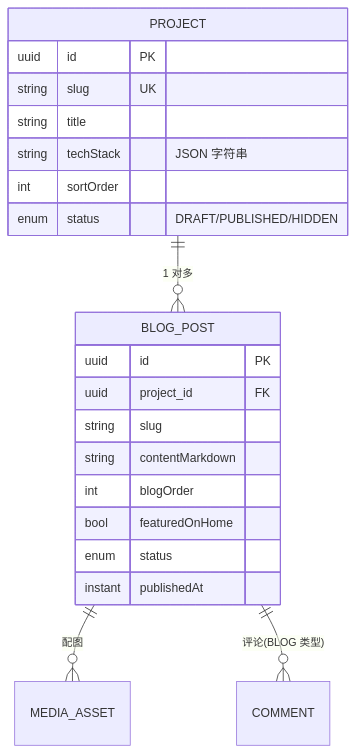
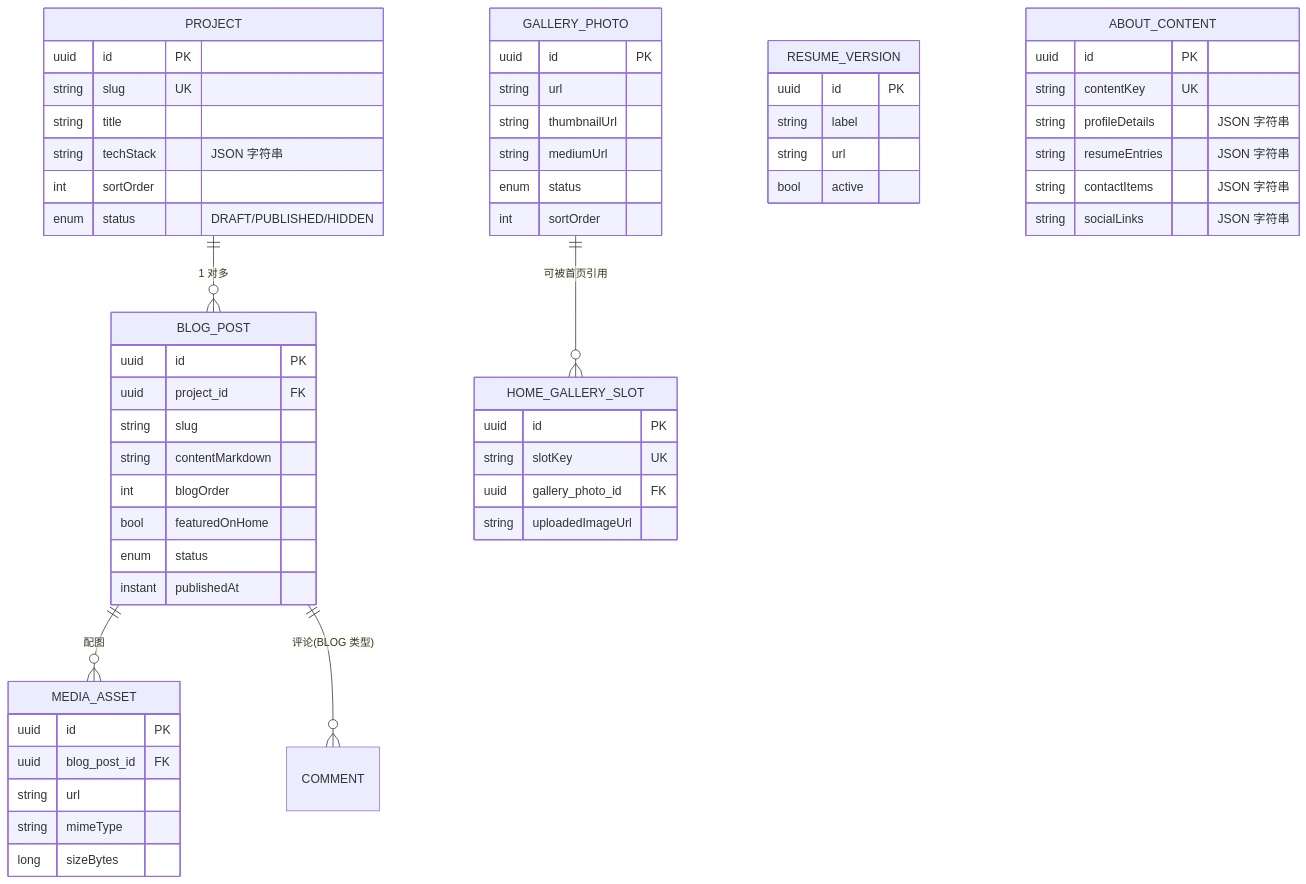
One commit to GuojiaoLin/personal-website changed the diagram in docs/项目文档/04-内容建模与REST-API设计.md. Above: the diagram before and after it, drawn with Mermaid. The commit also changed other lines of this file and 53 other files, not shown here.

Commit message:
feat: improve image handling and admin content flows

````diff
--- a/docs/项目文档/04-内容建模与REST-API设计.md
+++ b/docs/项目文档/04-内容建模与REST-API设计.md
@@ -16,25 +16,61 @@
 ```mermaid
 erDiagram
   PROJECT ||--o{ BLOG_POST : "1 对多"
   BLOG_POST ||--o{ MEDIA_ASSET : "配图"
   BLOG_POST ||--o{ COMMENT : "评论(BLOG 类型)"
+  GALLERY_PHOTO ||--o{ HOME_GALLERY_SLOT : "可被首页引用"
 
   PROJECT {
     uuid id PK
     string slug UK
     string title
     string techStack "JSON 字符串"
     int sortOrder
     enum status "DRAFT/PUBLISHED/HIDDEN"
   }
   BLOG_POST {
     uuid id PK
     uuid project_id FK
     string slug
     string contentMarkdown
     int blogOrder
     bool featuredOnHome
     enum status
     instant publishedAt
   }
+  MEDIA_ASSET {
+    uuid id PK
+    uuid blog_post_id FK
+    string url
+    string mimeType
+    long sizeBytes
+  }
+  GALLERY_PHOTO {
+    uuid id PK
+    string url
+    string thumbnailUrl
+    string mediumUrl
+    enum status
+    int sortOrder
+  }
+  HOME_GALLERY_SLOT {
+    uuid id PK
+    string slotKey UK
+    uuid gallery_photo_id FK
+    string uploadedImageUrl
+  }
+  RESUME_VERSION {
+    uuid id PK
+    string label
+    string url
+    bool active
+  }
+  ABOUT_CONTENT {
+    uuid id PK
+    string contentKey UK
+    string profileDetails "JSON 字符串"
+    string resumeEntries "JSON 字符串"
+    string contactItems "JSON 字符串"
+    string socialLinks "JSON 字符串"
+  }
 ```
````
